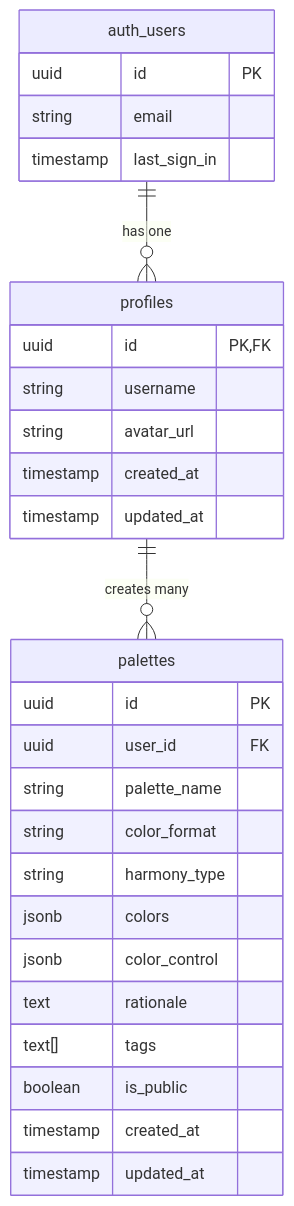
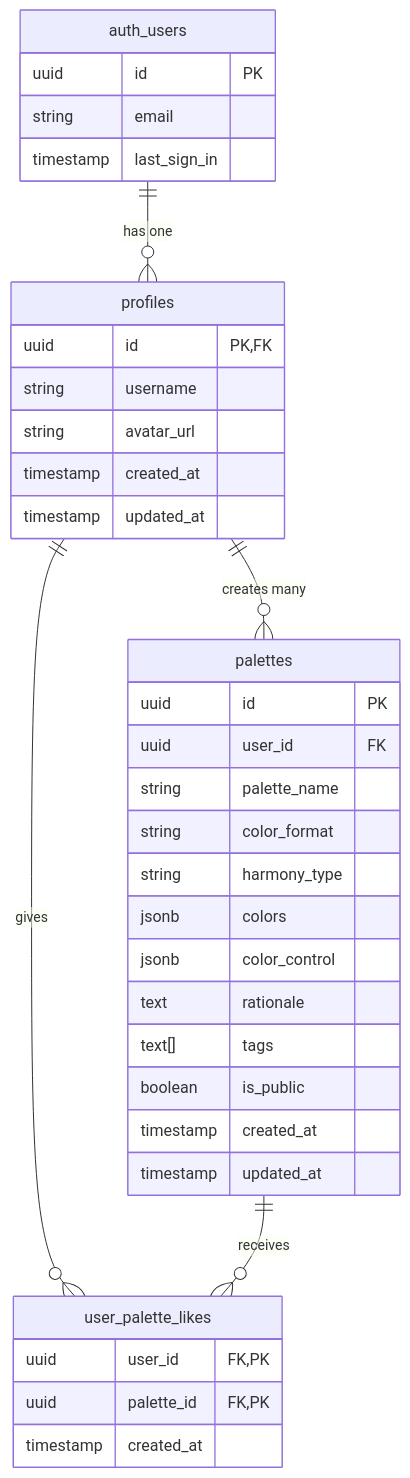
One commit to chrxsdev/color-genius-ai changed the diagram in docs/design-doc/color-genius-ai.md. Above: the diagram before and after it, drawn with Mermaid. The commit also changed other lines of this file, not shown here.

Commit message:
updating design doc with likes feature

````diff
--- a/docs/design-doc/color-genius-ai.md
+++ b/docs/design-doc/color-genius-ai.md
@@ -135,34 +135,42 @@
 ```mermaid
 erDiagram
     auth_users ||--o{ profiles : "has one"
     profiles ||--o{ palettes : "creates many"
+    profiles ||--o{ user_palette_likes : "gives"
+    palettes ||--o{ user_palette_likes : "receives"
     
     auth_users {
         uuid id PK
         string email
         timestamp last_sign_in
     }
 
     profiles {
         uuid id PK,FK
         string username
         string avatar_url
         timestamp created_at
         timestamp updated_at
     }
 
     palettes {
         uuid id PK
         uuid user_id FK
         string palette_name
         string color_format
         string harmony_type
         jsonb colors
         jsonb color_control
         text rationale
         text[] tags
         boolean is_public
         timestamp created_at
         timestamp updated_at
     }
+
+    user_palette_likes {
+        uuid user_id FK,PK
+        uuid palette_id FK,PK
+        timestamp created_at
+    }
 ```
````
